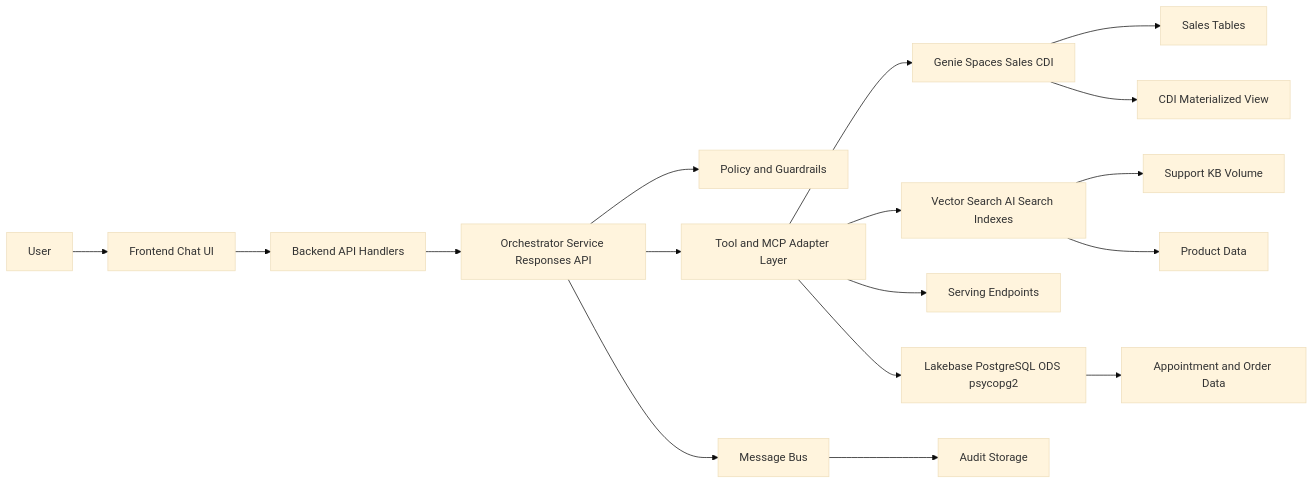
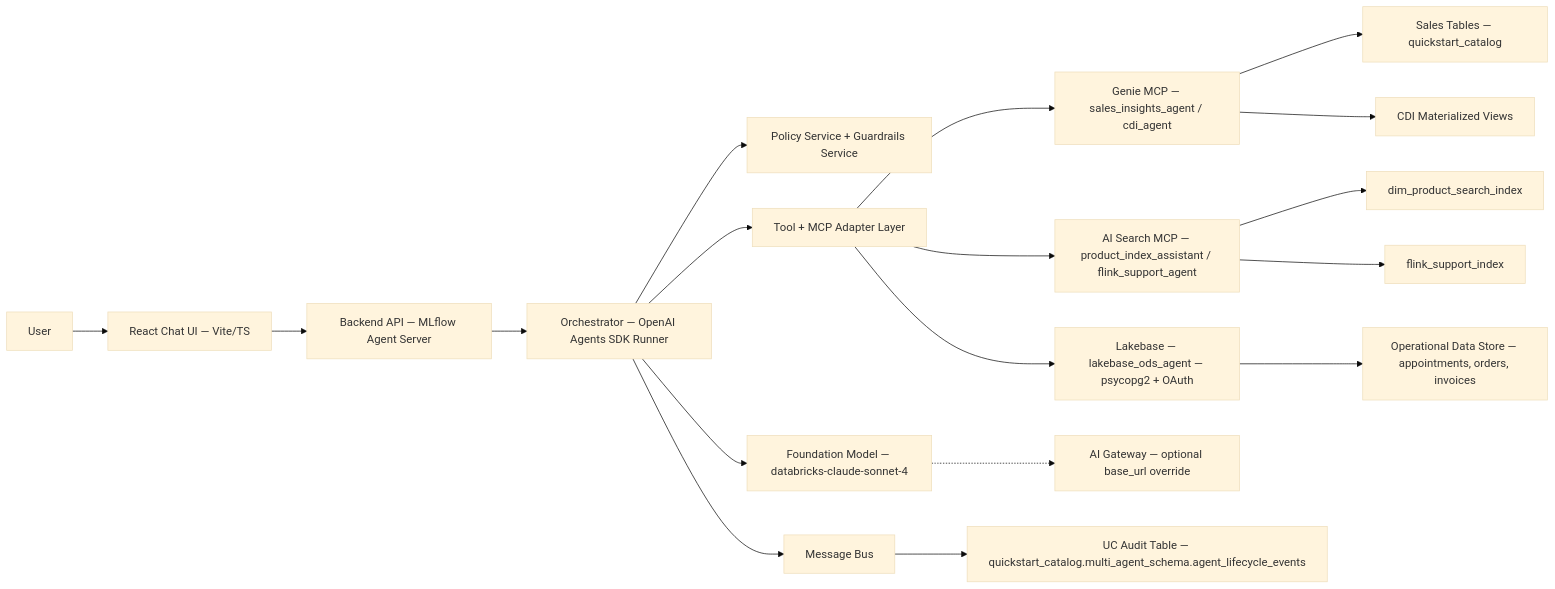
One commit to wchen-dea/Governed-Multi-Agent-Intelligence-on-Databricks changed the first of 4 diagrams in docs/architecture/design-artifacts/03-logical-high-level.md. Above: the diagram before and after it, drawn with Mermaid (base theme). The commit also changed other lines of this file and 51 other files, not shown here.

````diff
--- a/docs/architecture/design-artifacts/03-logical-high-level.md
+++ b/docs/architecture/design-artifacts/03-logical-high-level.md
@@ -7,19 +7,20 @@
 ```mermaid
 flowchart LR
-    User[User] --> FE[Frontend Chat UI]
-    FE --> API[Backend API Handlers]
-    API --> ORCH[Orchestrator Service Responses API]
-    ORCH --> POL[Policy and Guardrails]
-    ORCH --> TOOL[Tool and MCP Adapter Layer]
-    TOOL --> GENIE[Genie Spaces Sales CDI]
-    TOOL --> VS[Vector Search AI Search Indexes]
-    TOOL --> SEP[Serving Endpoints]
-    TOOL --> LB[Lakebase PostgreSQL ODS psycopg2]
-    VS --> KB[Support KB Volume]
-    VS --> PT[Product Data]
-    GENIE --> ST[Sales Tables]
-    GENIE --> MV[CDI Materialized View]
-    LB --> OD[Appointment and Order Data]
+    User[User] --> FE[React Chat UI — Vite/TS]
+    FE --> API[Backend API — MLflow Agent Server]
+    API --> ORCH[Orchestrator — OpenAI Agents SDK Runner]
+    ORCH --> POL[Policy Service + Guardrails Service]
+    ORCH --> TOOL[Tool + MCP Adapter Layer]
+    TOOL --> GENIE[Genie MCP — sales_insights_agent / cdi_agent]
+    TOOL --> AIS[AI Search MCP — product_index_assistant / flink_support_agent]
+    TOOL --> LB[Lakebase — lakebase_ods_agent — psycopg2 + OAuth]
+    GENIE --> ST[Sales Tables — quickstart_catalog]
+    GENIE --> MV[CDI Materialized Views]
+    AIS --> PI[dim_product_search_index]
+    AIS --> FS[flink_support_index]
+    LB --> OD[Operational Data Store — appointments, orders, invoices]
+    ORCH --> FM[Foundation Model — databricks-claude-sonnet-4]
+    FM -.-> AIGW[AI Gateway — optional base_url override]
     ORCH --> BUS[Message Bus]
-    BUS --> AUDIT[Audit Storage]
+    BUS --> AUDIT[UC Audit Table — quickstart_catalog.multi_agent_schema.agent_lifecycle_events]
 ```
````
